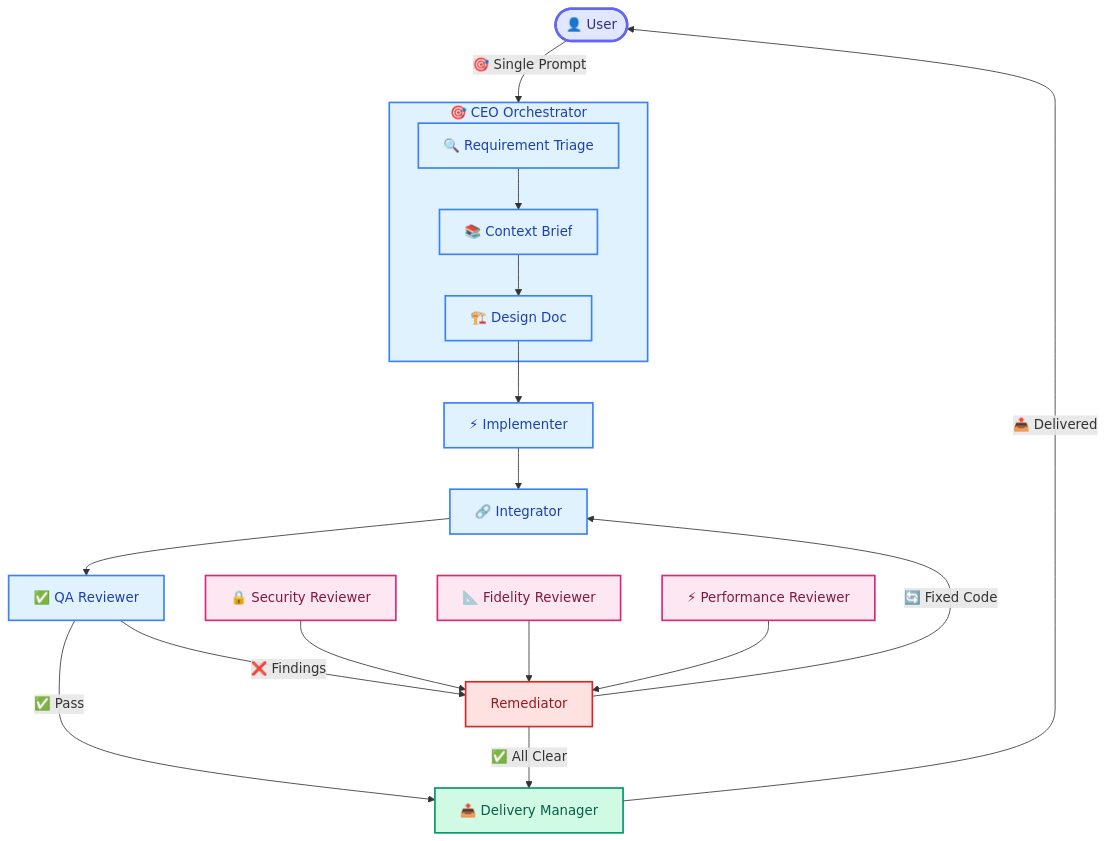
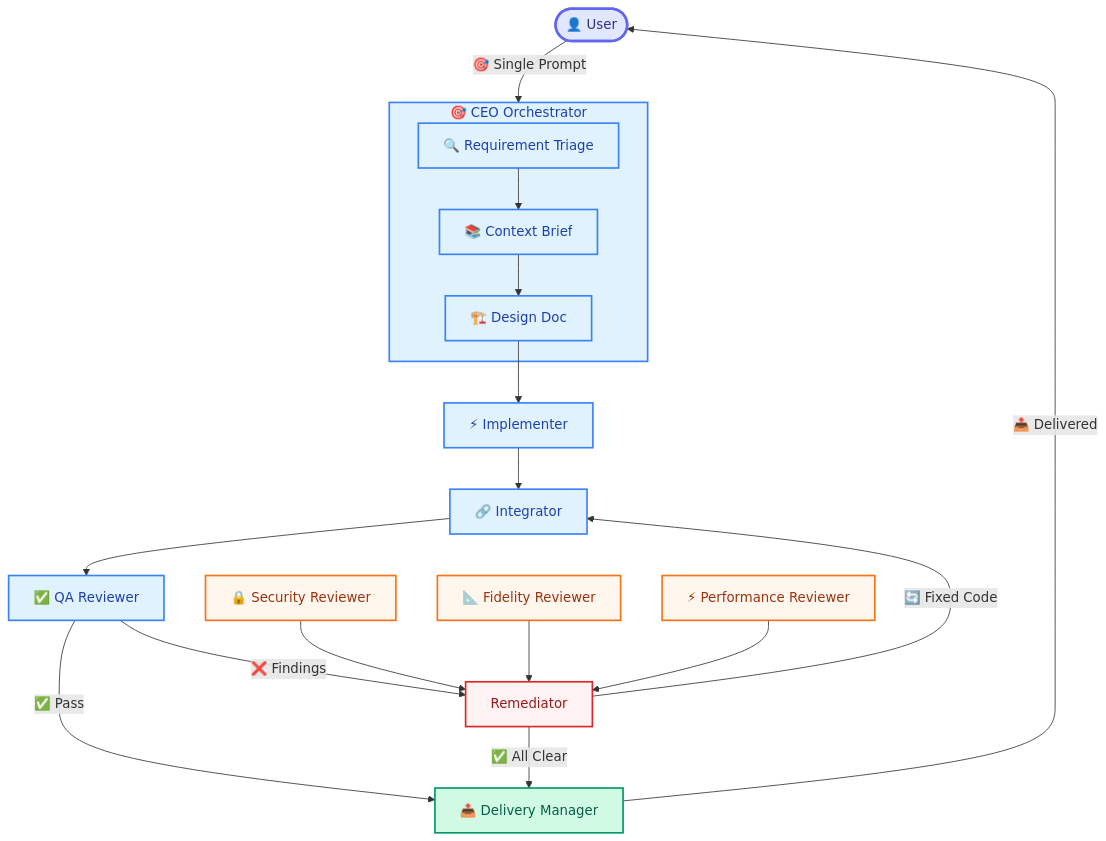
Before and after one commit to galpt/kilocode-agents: the second of 2 diagrams in README.md, drawn with Mermaid. The commit also changed other lines of this file, not shown here.

Commit message:
fix: change review nodes from pink to orange for better contrast with red remediation nodes

````diff
--- a/README.md
+++ b/README.md
@@ -112,36 +112,36 @@
 ```mermaid
 graph TD
     User(["👤 User"]) -->|"🎯 Single Prompt"| CEO
 
     subgraph CEO["🎯 CEO Orchestrator"]
         A["🔍 Requirement Triage"] --> B["📚 Context Brief"]
         B --> C["🏗️ Design Doc"]
     end
 
     C --> D["⚡ Implementer"]
     D --> E["🔗 Integrator"]
     E --> F["✅ QA Reviewer"]
 
     F -->|"✅ Pass"| Delivery
     F -->|"❌ Findings"| Remediator
     Security["🔒 Security Reviewer"] --> Remediator
     Fidelity["📐 Fidelity Reviewer"] --> Remediator
     Perf["⚡ Performance Reviewer"] --> Remediator
 
     Remediator -->|"🔄 Fixed Code"| E
     Remediator -->|"✅ All Clear"| Delivery
 
     Delivery["📤 Delivery Manager"] -->|"📤 Delivered"| User
 
     classDef stage fill:#e0f2fe,stroke:#3b82f6,stroke-width:2px,color:#1e40af
-    classDef review fill:#fce7f3,stroke:#db2777,stroke-width:2px,color:#831843
-    classDef remediate fill:#fee2e2,stroke:#dc2626,stroke-width:2px,color:#991b1b
+    classDef review fill:#fff7ed,stroke:#f97316,stroke-width:2px,color:#9a3412
+    classDef remediate fill:#fef2f2,stroke:#dc2626,stroke-width:2px,color:#991b1b
     classDef deliver fill:#d1fae5,stroke:#059669,stroke-width:2px,color:#065f46
     classDef user fill:#e0e7ff,stroke:#6366f1,stroke-width:3px,color:#312e81
 
     class CEO,A,B,C,D,E,F stage
     class Security,Fidelity,Perf review
     class Remediator remediate
     class Delivery,User deliver
     class User user
 ```
````
